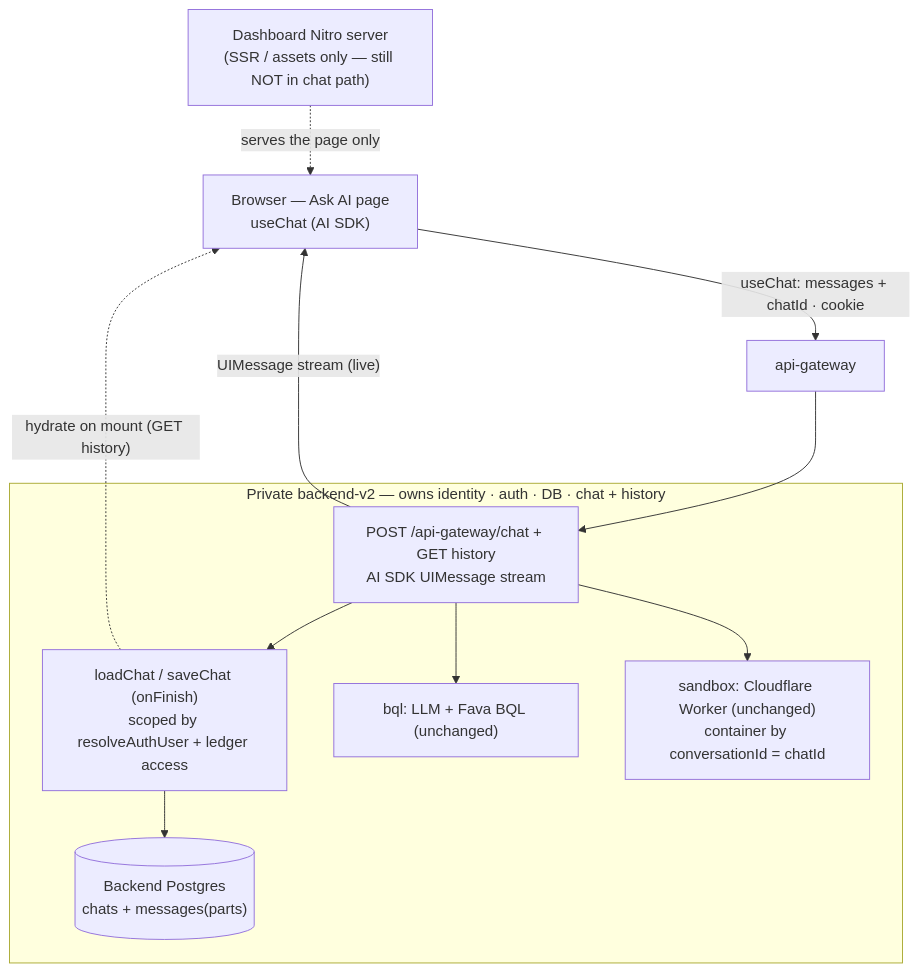
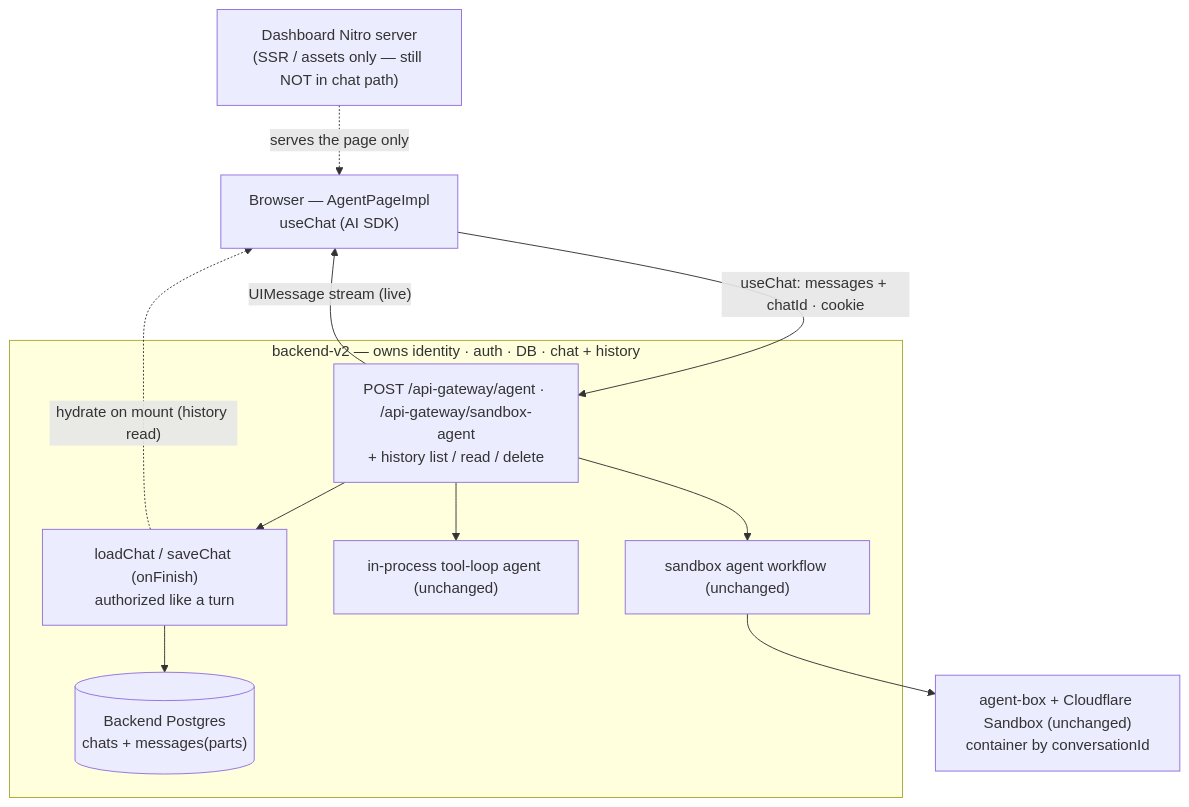
Before and after one commit to bex-co/beancount-io: the second of 4 diagrams in docs/adrs/ADR001-dashboard-chat-history-persistence.md, drawn with Mermaid. The commit also changed other lines of this file and 17 other files, not shown here.

````diff
--- a/docs/adrs/ADR001-dashboard-chat-history-persistence.md
+++ b/docs/adrs/ADR001-dashboard-chat-history-persistence.md
@@ -70,21 +91,21 @@
 ```mermaid
 flowchart TB
-  browser["Browser — Ask AI page<br/>useChat (AI SDK)"]
+  browser["Browser — AgentPageImpl<br/>useChat (AI SDK)"]
   dash["Dashboard Nitro server<br/>(SSR / assets only — still NOT in chat path)"]
-  gw["api-gateway"]
-  subgraph be["Private backend-v2 — owns identity · auth · DB · chat + history"]
-    route["POST /api-gateway/chat + GET history<br/>AI SDK UIMessage stream"]
-    persist["loadChat / saveChat (onFinish)<br/>scoped by resolveAuthUser + ledger access"]
+  subgraph be["backend-v2 — owns identity · auth · DB · chat + history"]
+    routes["POST /api-gateway/agent · /api-gateway/sandbox-agent<br/>+ history list / read / delete"]
+    persist["loadChat / saveChat (onFinish)<br/>authorized like a turn"]
     store[("Backend Postgres<br/>chats + messages(parts)")]
-    bql["bql: LLM + Fava BQL (unchanged)"]
-    sbx["sandbox: Cloudflare Worker (unchanged)<br/>container by conversationId = chatId"]
+    loop["in-process tool-loop agent (unchanged)"]
+    wf["sandbox agent workflow (unchanged)"]
   end
+  box["agent-box + Cloudflare Sandbox (unchanged)<br/>container by conversationId"]
 
   dash -. "serves the page only" .-> browser
-  browser -- "useChat: messages + chatId · cookie" --> gw --> route
-  route --> bql
-  route --> sbx
-  route --> persist --> store
-  route -- "UIMessage stream (live)" --> browser
-  persist -. "hydrate on mount (GET history)" .-> browser
+  browser -- "useChat: messages + chatId · cookie" --> routes
+  routes --> loop
+  routes --> wf --> box
+  routes --> persist --> store
+  routes -- "UIMessage stream (live)" --> browser
+  persist -. "hydrate on mount (history read)" .-> browser
 ```
````
